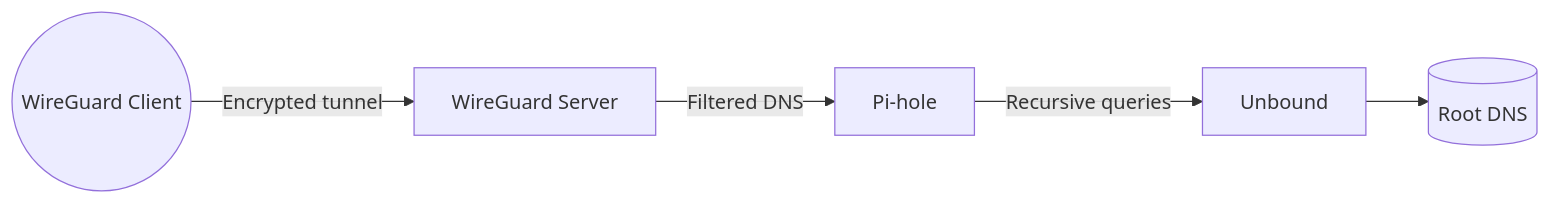
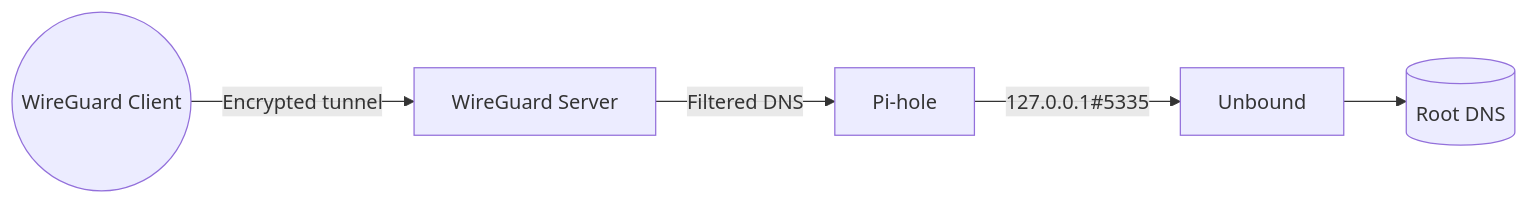
One commit to seloc0des/SentinelStack changed the diagram in README.md. Above: the diagram before and after it, drawn with Mermaid. The commit also changed other lines of this file and 1 other file, not shown here.

````diff
--- a/README.md
+++ b/README.md
@@ -41,7 +44,7 @@
 ```mermaid
 flowchart LR
     Client((WireGuard Client)) -->|Encrypted tunnel| WG[WireGuard Server]
     WG -->|Filtered DNS| PI[Pi-hole]
-    PI -->|Recursive queries| UB[Unbound]
+    PI -->|127.0.0.1#5335| UB[Unbound]
     UB --> RootDNS[(Root DNS)]
 ```
````
